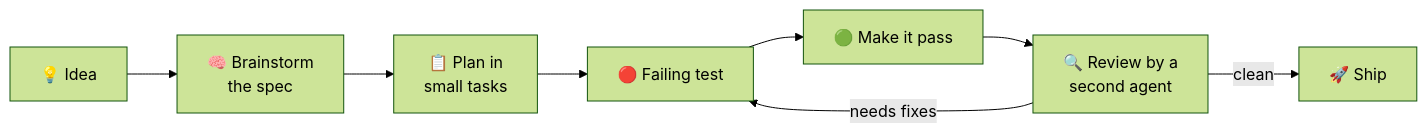
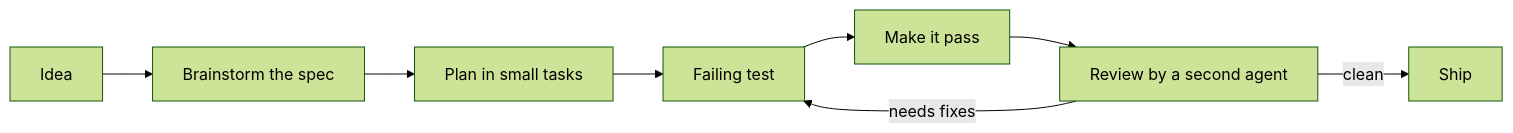
Before and after one commit to jounimn/jounimn: the second of 2 diagrams in README.md, drawn with Mermaid (forest theme). The commit also changed other lines of this file and 2 other files, not shown here.

````diff
--- a/README.md
+++ b/README.md
@@ -133,10 +107,10 @@
 ```mermaid
 flowchart LR
-    A[💡 Idea] --> B[🧠 Brainstorm<br/>the spec]
-    B --> C[📋 Plan in<br/>small tasks]
-    C --> D[🔴 Failing test]
-    D --> E[🟢 Make it pass]
-    E --> F[🔍 Review by a<br/>second agent]
+    A[Idea] --> B[Brainstorm the spec]
+    B --> C[Plan in small tasks]
+    C --> D[Failing test]
+    D --> E[Make it pass]
+    E --> F[Review by a second agent]
     F -->|needs fixes| D
-    F -->|clean| G[🚀 Ship]
+    F -->|clean| G[Ship]
 ```
````
